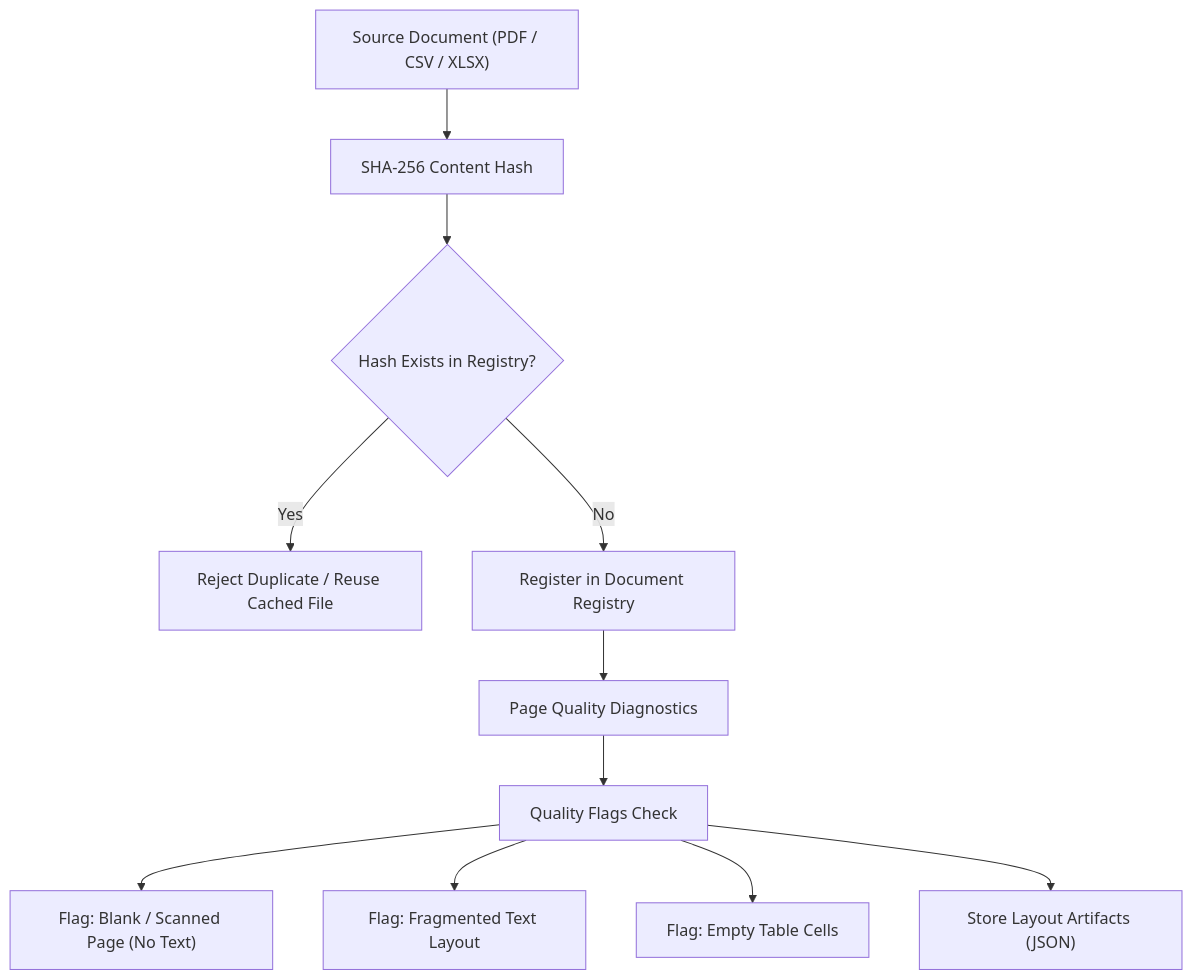
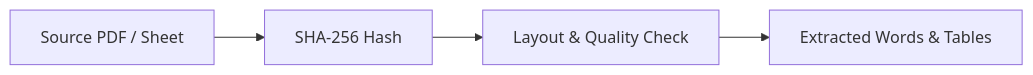
One commit to GoCarbonTracker/go-carbon-tracker changed the first of 3 diagrams in docs/methodology.md. Above: the diagram before and after it, drawn with Mermaid. The commit also changed other lines of this file and 1 other file, not shown here.

Commit message:
docs: streamline and simplify Mermaid diagrams for compact horizontal alignment

````diff
--- a/docs/methodology.md
+++ b/docs/methodology.md
@@ -25,13 +25,6 @@
 ```mermaid
-flowchart TD
-    A["Source Document (PDF / CSV / XLSX)"] --> B["SHA-256 Content Hash"]
-    B --> C{"Hash Exists in Registry?"}
-    C -- "Yes" --> D["Reject Duplicate / Reuse Cached File"]
-    C -- "No" --> E["Register in Document Registry"]
-    E --> F["Page Quality Diagnostics"]
-    F --> G["Quality Flags Check"]
-    G --> H["Flag: Blank / Scanned Page (No Text)"]
-    G --> I["Flag: Fragmented Text Layout"]
-    G --> J["Flag: Empty Table Cells"]
-    G --> K["Store Layout Artifacts (JSON)"]
+flowchart LR
+    A["Source PDF / Sheet"] --> B["SHA-256 Hash"]
+    B --> C["Layout & Quality Check"]
+    C --> D["Extracted Words & Tables"]
 ```
````
